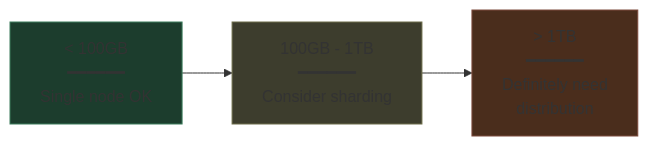
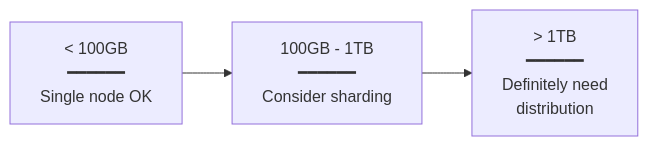
One commit to Yash-Kavaiya/The-System-Design-Masterclass changed the ninth of 21 diagrams in system design beginner/10. Picking the right database.md. Above: the diagram before and after it, drawn with Mermaid. The commit also changed other lines of this file, not shown here.

````diff
--- a/system design beginner/10. Picking the right database.md
+++ b/system design beginner/10. Picking the right database.md
@@ -334,14 +298,11 @@
 ```mermaid
 graph LR
     SMALL[< 100GB<br/>━━━━━━<br/>Single node OK]
     
     MEDIUM[100GB - 1TB<br/>━━━━━━<br/>Consider sharding]
     
     LARGE[> 1TB<br/>━━━━━━<br/>Definitely need<br/>distribution]
     
     SMALL --> MEDIUM --> LARGE
     
-    style SMALL fill:#1c3d2d,stroke:#3c7c5c
-    style MEDIUM fill:#3d3d2d,stroke:#6d6d4a
-    style LARGE fill:#4a2d1c,stroke:#7c4a3c
 ```
````
